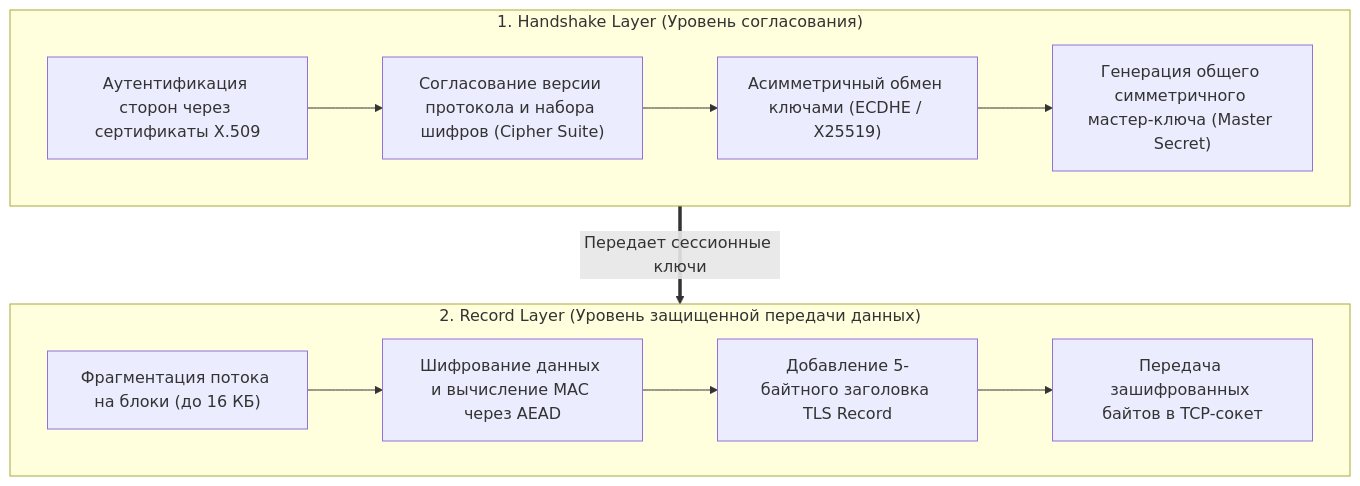
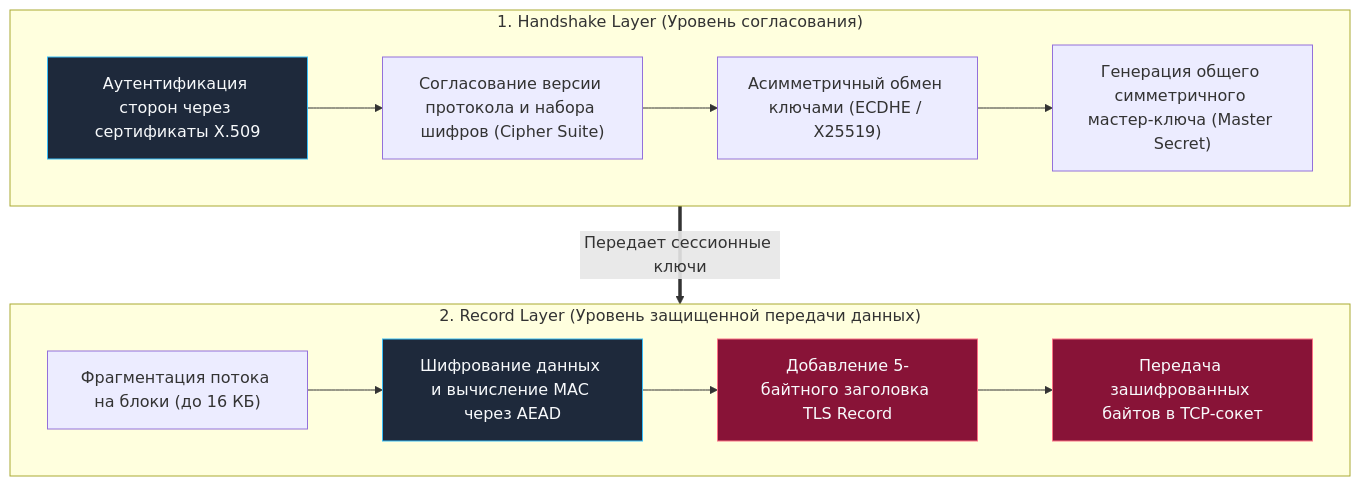
The first of 3 diagrams in sources/3. Компьютерные сети и сетевой стек/18. TLS и HTTPS. Шифрование поверх TCP.md (UnrealTemplier/go-textbook), drawn with Mermaid before and after one commit. The commit also changed other lines of this file and 1666 other files, not shown here.

First line of the commit message:
feat(mermaid): add semantic color classDef to 1369 colorless flowchart/graph diagrams

````diff
--- a/sources/3. Компьютерные сети и сетевой стек/18. TLS и HTTPS. Шифрование поверх TCP.md
+++ b/sources/3. Компьютерные сети и сетевой стек/18. TLS и HTTPS. Шифрование поверх TCP.md
@@ -40,20 +40,30 @@
 ```mermaid
 flowchart TD
+    classDef process  fill:#1e293b,stroke:#38bdf8,stroke-width:1px,color:#f8fafc
+    classDef success  fill:#064e3b,stroke:#34d399,stroke-width:1px,color:#f8fafc
+    classDef error    fill:#7f1d1d,stroke:#f87171,stroke-width:1px,color:#f8fafc
+    classDef warning  fill:#78350f,stroke:#fbbf24,stroke-width:1px,color:#f8fafc
+    classDef entry    fill:#1e3a5f,stroke:#38bdf8,stroke-width:2px,color:#f8fafc
+    classDef aux      fill:#334155,stroke:#64748b,stroke-width:1px,color:#f8fafc
+    classDef system   fill:#312e81,stroke:#a78bfa,stroke-width:1px,color:#f8fafc
+    classDef data     fill:#132d29,stroke:#2dd4bf,stroke-width:1px,color:#f8fafc
+    classDef network  fill:#881337,stroke:#fb7185,stroke-width:1px,color:#f8fafc
+    classDef accent   fill:#1e1b4b,stroke:#818cf8,stroke-width:1px,color:#f8fafc
     subgraph HS["1. Handshake Layer (Уровень согласования)"]
-        H1["Аутентификация сторон через сертификаты X.509"]
+        H1["Аутентификация сторон через сертификаты X.509"]:::process
         H2["Согласование версии протокола и набора шифров (Cipher Suite)"]
         H3["Асимметричный обмен ключами (ECDHE / X25519)"]
         H4["Генерация общего симметричного мастер-ключа (Master Secret)"]
         H1 --> H2 --> H3 --> H4
     end
 
     subgraph RL["2. Record Layer (Уровень защищенной передачи данных)"]
         R1["Фрагментация потока на блоки (до 16 КБ)"]
-        R2["Шифрование данных и вычисление MAC через AEAD"]
-        R3["Добавление 5-байтного заголовка TLS Record"]
-        R4["Передача зашифрованных байтов в TCP-сокет"]
+        R2["Шифрование данных и вычисление MAC через AEAD"]:::process
+        R3["Добавление 5-байтного заголовка TLS Record"]:::network
+        R4["Передача зашифрованных байтов в TCP-сокет"]:::network
         R1 --> R2 --> R3 --> R4
     end
 
     HS ==>|Передает сессионные ключи| RL
 ```
````
